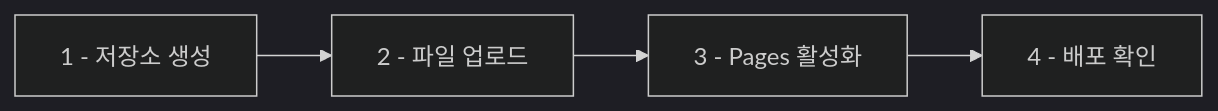
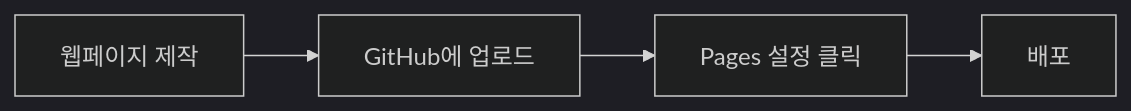
One commit to nugurejeil/weniVooks changed the fourth of 4 diagrams in _md/essentials-vibecoding/chapter03/03-1.md. Above: the diagram before and after it, drawn with Mermaid (dark theme). The commit also changed other lines of this file and 4 other files, not shown here.

````diff
--- a/_md/essentials-vibecoding/chapter03/03-1.md
+++ b/_md/essentials-vibecoding/chapter03/03-1.md
@@ -35,6 +94,6 @@
 ```mermaid
 flowchart LR
-    A["1 - 저장소 생성"] --> B["2 - 파일 업로드"]
-    B --> C["3 - Pages 활성화"]
-    C --> D["4 - 배포 확인"]
+    A["웹페이지 제작"] --> B["GitHub에 업로드"]
+    B --> C["Pages 설정 클릭"]
+    C --> D["배포"]
 ```
````
